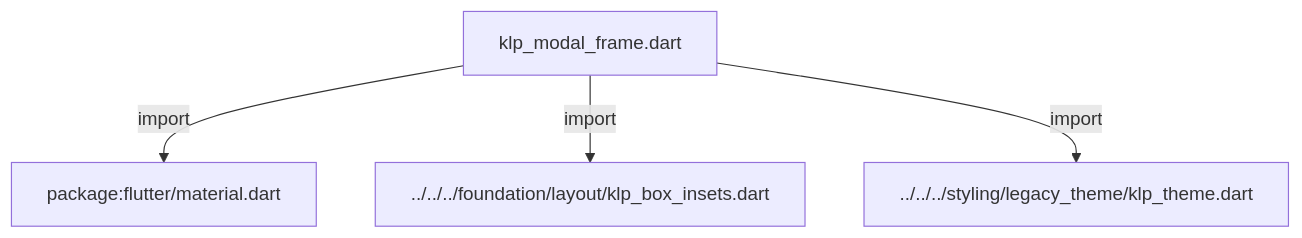
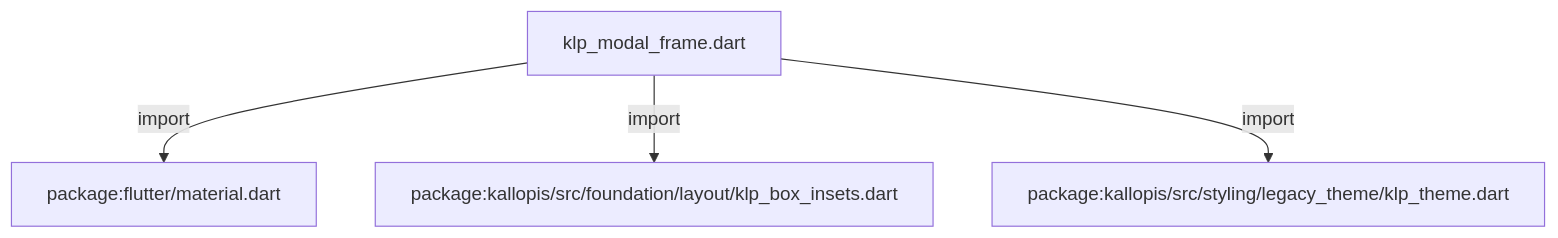
One commit to MiuDog/Kallopis changed the first of 3 diagrams in docs/architecture/src/features/overlays/primitives/klp_modal_frame.md. Above: the diagram before and after it, drawn with Mermaid. The commit also changed other lines of this file and 9688 other files, not shown here.

Commit message:
Prepare isolated Flow F2 peer baseline

````diff
--- a/docs/architecture/src/features/overlays/primitives/klp_modal_frame.md
+++ b/docs/architecture/src/features/overlays/primitives/klp_modal_frame.md
@@ -11,10 +11,10 @@
 ```mermaid
 flowchart TD
 	n0["klp_modal_frame.dart"]
 	n1["package:flutter/material.dart"]
-	n2["../../../foundation/layout/klp_box_insets.dart"]
-	n3["../../../styling/legacy_theme/klp_theme.dart"]
+	n2["package:kallopis/src/foundation/layout/klp_box_insets.dart"]
+	n3["package:kallopis/src/styling/legacy_theme/klp_theme.dart"]
 	n0 -->|"import"| n1
 	n0 -->|"import"| n2
 	n0 -->|"import"| n3
 ```
````
